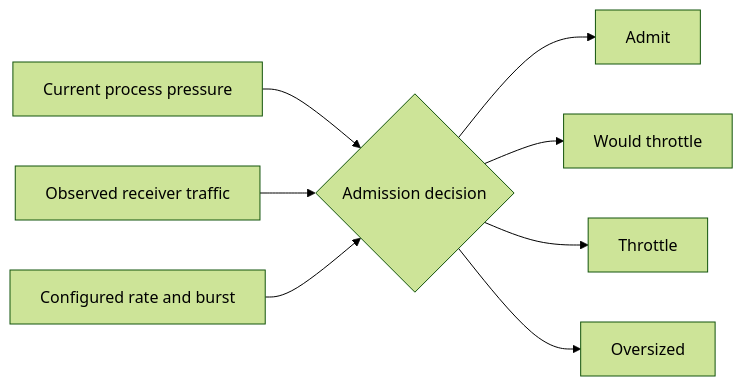
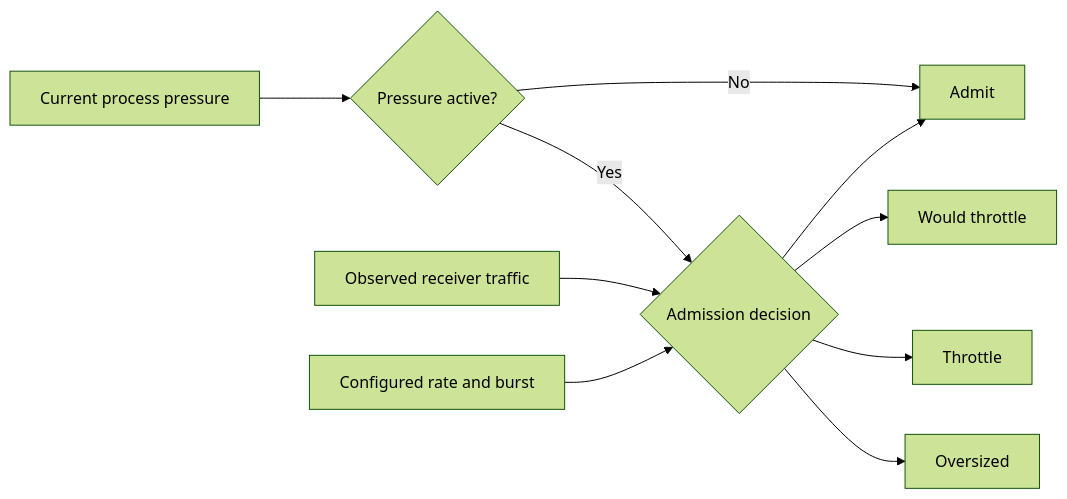
The third of 7 diagrams in rust/otap-dataflow/docs/memory-resource-management.md (open-telemetry/otel-arrow), drawn with Mermaid (forest theme) before and after one commit. The commit also changed other lines of this file, not shown here.

````diff
--- a/rust/otap-dataflow/docs/memory-resource-management.md
+++ b/rust/otap-dataflow/docs/memory-resource-management.md
@@ -119,19 +125,22 @@
 ```mermaid
 flowchart LR
     P[Current process pressure]
     T[Observed receiver traffic]
     R[Configured rate and burst]
+    G{Pressure active?}
     D{Admission decision}
     A[Admit]
     W[Would throttle]
     X[Throttle]
     O[Oversized]
 
-    P --> D
+    P --> G
+    G -->|No| A
+    G -->|Yes| D
     T --> D
     R --> D
     D --> A
     D --> W
     D --> X
     D --> O
 ```
````
